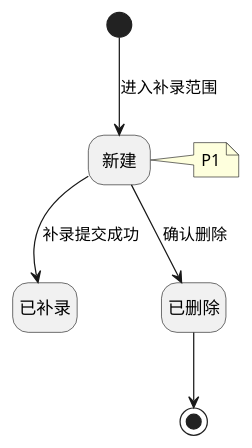
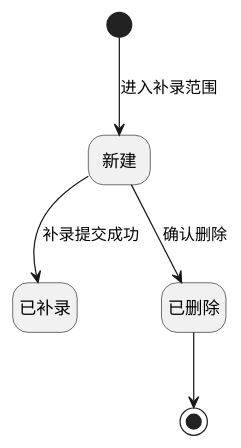
Before and after one commit to jack888332/projects-doc: the second of 2 diagrams in product-caliber/goldjet/segmented-prd/PRD.高捷物流系统一期.第028篇.财务结算-销项发票管理.DA6DFB99AE.md, drawn with PlantUML. The commit also changed other lines of this file and 24 other files, not shown here.

````diff
--- a/product-caliber/goldjet/segmented-prd/PRD.高捷物流系统一期.第028篇.财务结算-销项发票管理.DA6DFB99AE.md
+++ b/product-caliber/goldjet/segmented-prd/PRD.高捷物流系统一期.第028篇.财务结算-销项发票管理.DA6DFB99AE.md
@@ -786,14 +784,13 @@
 ```plantuml
 @startuml goldjet-state-028-invoice-backfill
 hide empty description
 state "新建" as New
 state "已补录" as Backfilled
 state "已删除" as Deleted
 
 [*] --> New : 进入补录范围
 New --> Backfilled : 补录提交成功
 New --> Deleted : 确认删除
 Deleted --> [*]
-note right of New : P1
 @enduml
 ```
````
